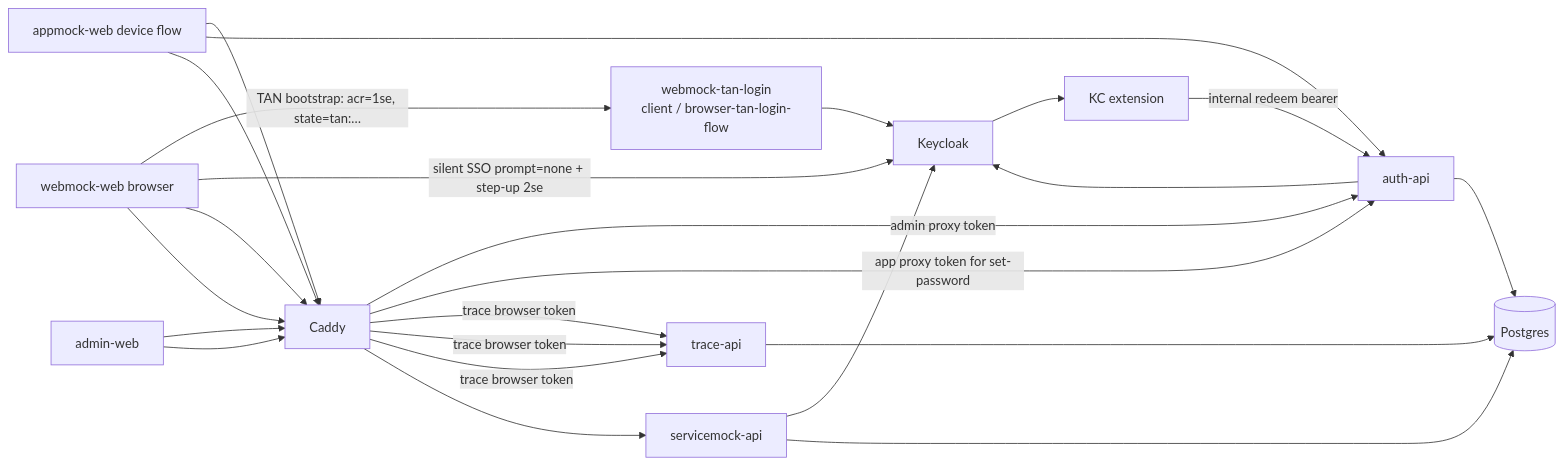
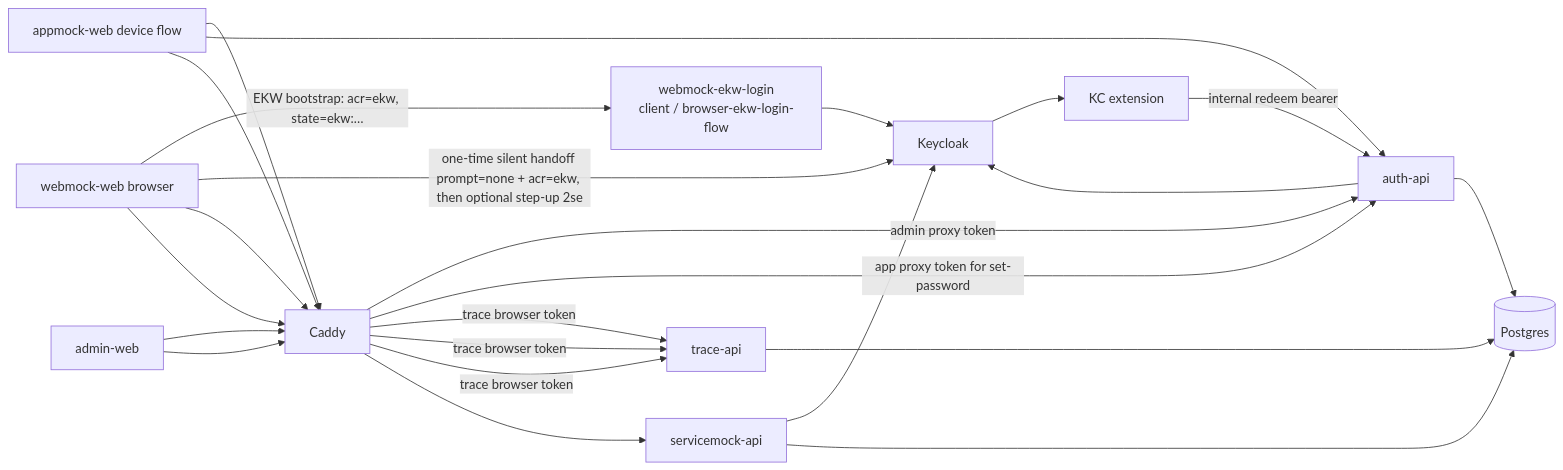
Before and after one commit to rpreissel/auth-sandbox-2: the diagram in ADR_REGISTRATION_STEPUP_ARCHITECTURE.md, drawn with Mermaid. The commit also changed 11 other files, not shown here.

Commit message:
ekw: keycloak extension, terraform client+flow, db migration, compose

````diff
--- a/ADR_REGISTRATION_STEPUP_ARCHITECTURE.md
+++ b/ADR_REGISTRATION_STEPUP_ARCHITECTURE.md
@@ -196,31 +196,31 @@
 ```mermaid
 flowchart LR
   Browser[webmock-web browser]
   Device[appmock-web device flow]
   Admin[admin-web]
   Caddy[Caddy]
   Auth[auth-api]
   Trace[trace-api]
   Mock[servicemock-api]
   KC[Keycloak]
   Ext[KC extension]
   DB[(Postgres)]
-  TanClient[webmock-tan-login\nclient / browser-tan-login-flow]
+  EkwClient[webmock-ekw-login\nclient / browser-ekw-login-flow]
 
   Admin --> Caddy -->|admin proxy token| Auth
   Device --> Caddy -->|app proxy token for set-password| Auth
   Device --> Auth
-  Browser -->|TAN bootstrap: acr=1se, state=tan:…| TanClient --> KC
-  Browser -->|silent SSO prompt=none + step-up 2se| KC
+  Browser -->|EKW bootstrap: acr=ekw, state=ekw:…| EkwClient --> KC
+  Browser -->|one-time silent handoff prompt=none + acr=ekw, then optional step-up 2se| KC
   Browser --> Caddy -->|trace browser token| Trace
   Device --> Caddy -->|trace browser token| Trace
   Admin --> Caddy -->|trace browser token| Trace
   Browser --> Caddy --> Mock
   Mock --> KC
   Auth --> KC
   Auth --> DB
   Trace --> DB
   Mock --> DB
   KC --> Ext
   Ext -->|internal redeem bearer| Auth
 ```
````
